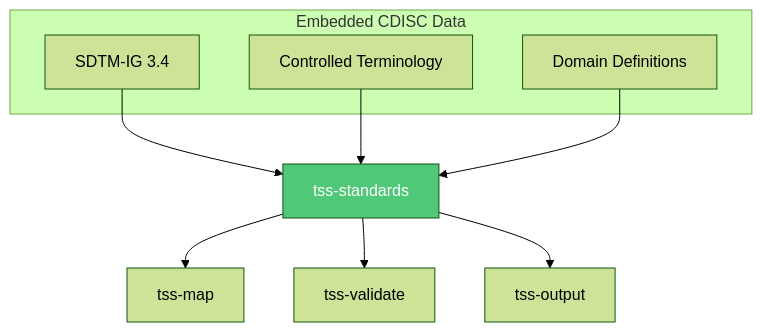
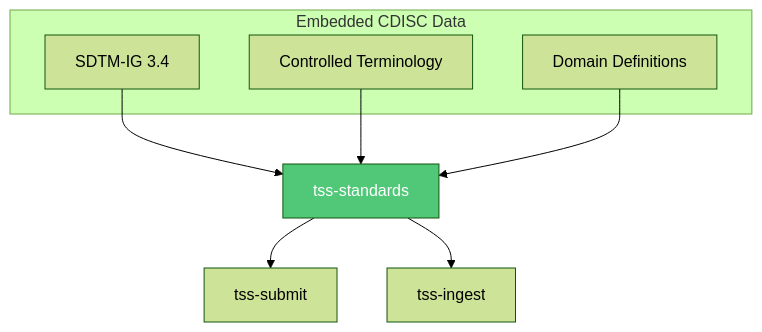
One commit to rubentalstra/Trial-Submission-Studio changed the third of 4 diagrams in docs/src/architecture/overview.md. Above: the diagram before and after it, drawn with Mermaid (forest theme). The commit also changed other lines of this file and 35 other files, not shown here.

````diff
--- a/docs/src/architecture/overview.md
+++ b/docs/src/architecture/overview.md
@@ -141,17 +144,16 @@
 ```mermaid
 flowchart TB
     subgraph "Embedded CDISC Data"
         SDTM[SDTM-IG 3.4]
         CT[Controlled Terminology]
         DOMAINS[Domain Definitions]
     end
 
     STANDARDS[tss-standards]
     SDTM --> STANDARDS
     CT --> STANDARDS
     DOMAINS --> STANDARDS
-    STANDARDS --> MAP[tss-map]
-    STANDARDS --> VALIDATE[tss-validate]
-    STANDARDS --> OUTPUT[tss-output]
-    style STANDARDS fill: #50c878, color: #fff
+    STANDARDS --> SUBMIT[tss-submit]
+    STANDARDS --> INGEST[tss-ingest]
+    style STANDARDS fill:#50c878,color:#fff
 ```
````
